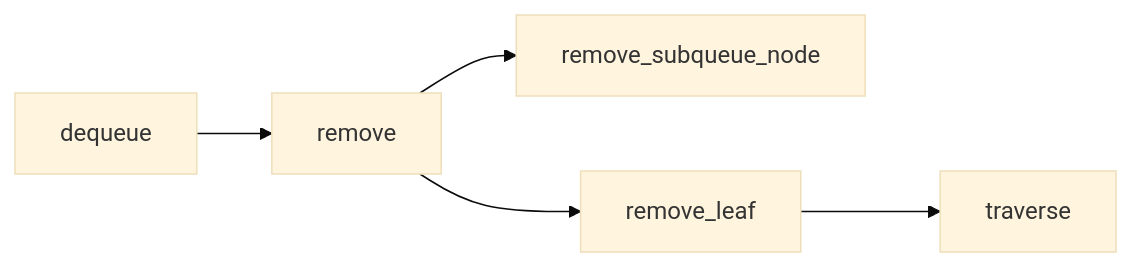
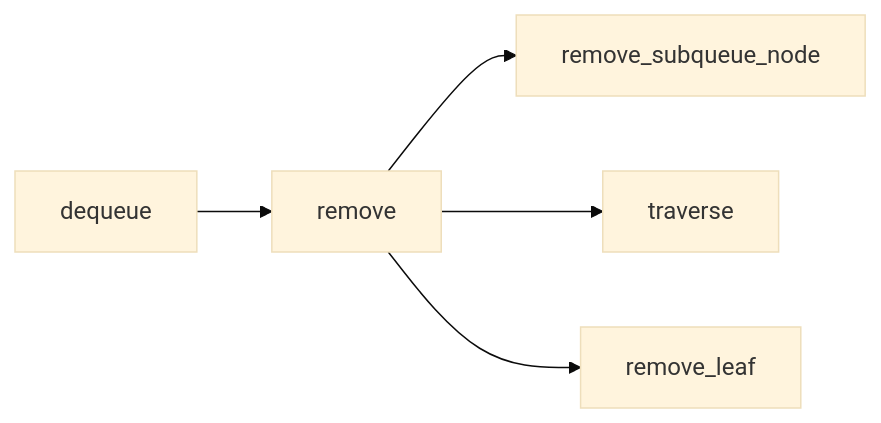
One commit to econia-labs/econia changed the fourth of 6 diagrams in doc/diagrams/src/modules/critqueue.md. Above: the diagram before and after it, drawn with Mermaid (base theme). The commit also changed 3 other files, not shown here.

````diff
--- a/doc/diagrams/src/modules/critqueue.md
+++ b/doc/diagrams/src/modules/critqueue.md
@@ -53,11 +53,11 @@
 ```mermaid
 
 flowchart LR
 
 dequeue --> remove
 
 remove --> remove_subqueue_node
+remove --> traverse
 remove --> remove_leaf
-remove_leaf --> traverse
 
 ```
````
